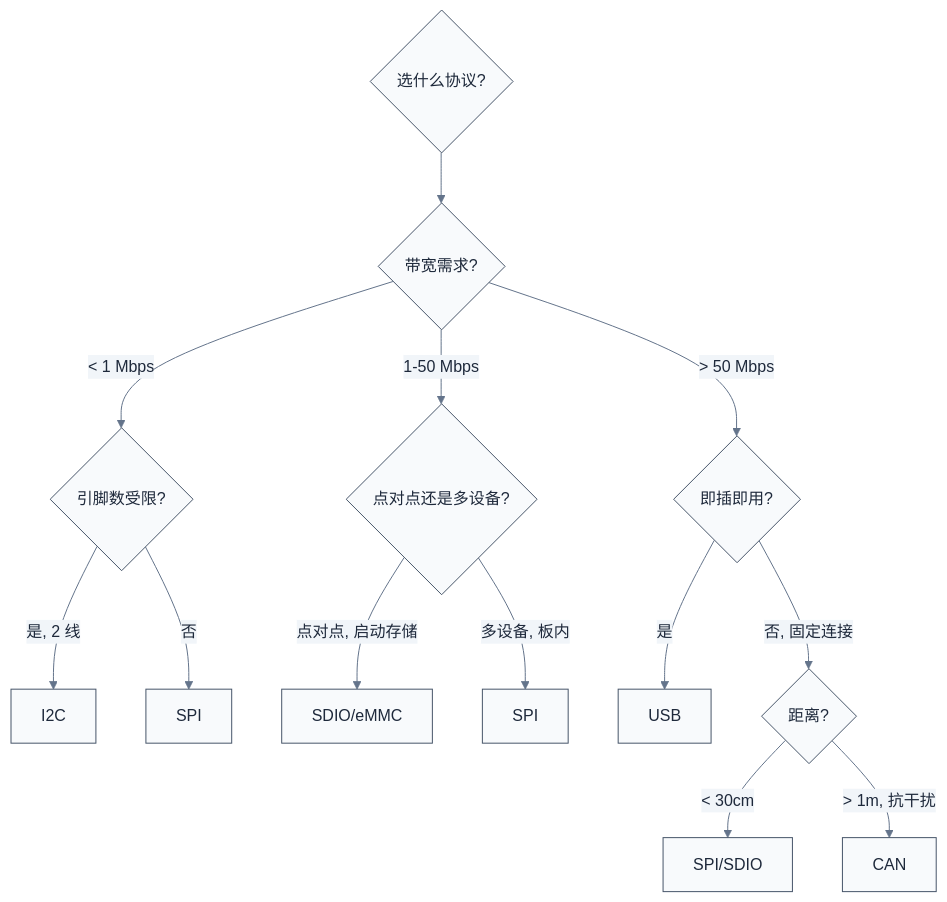
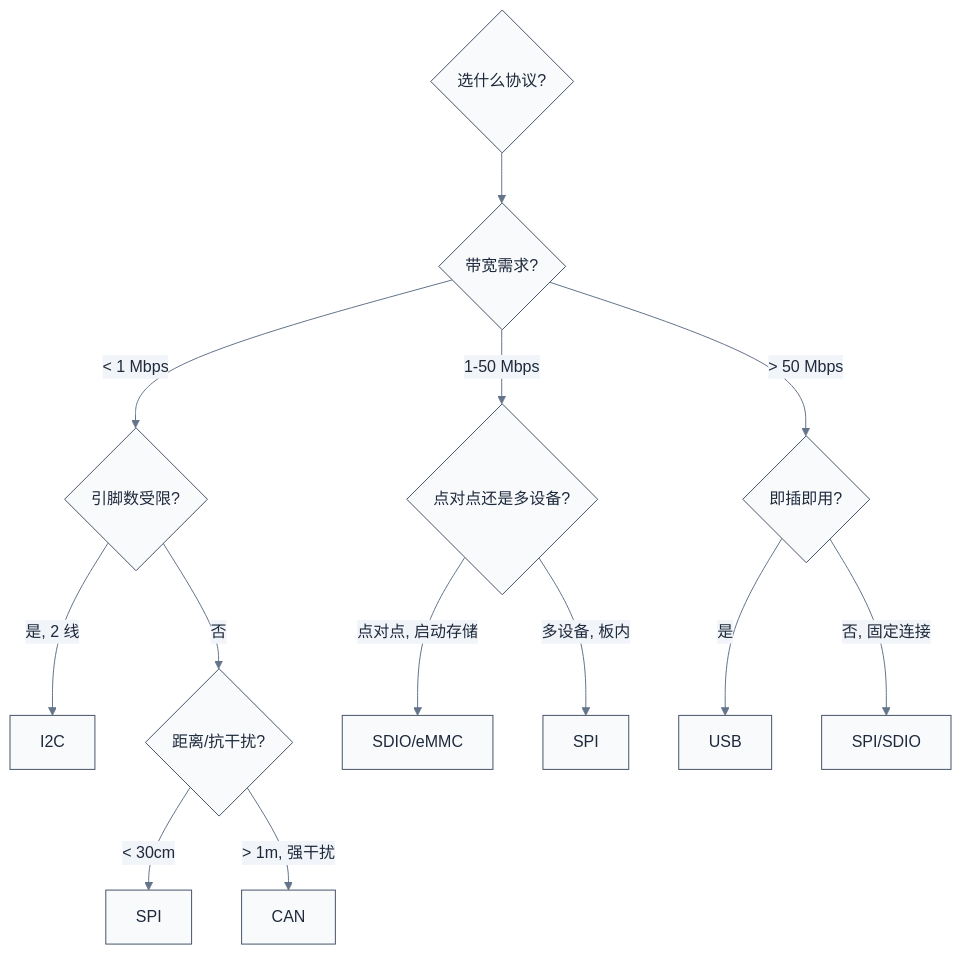
Before and after one commit to swjtuer326/cs-learning-notes: the second of 2 diagrams in hsperi/00-通信协议总览.md, drawn with Mermaid. The commit also changed 4 other files, not shown here.

````diff
--- a/hsperi/00-通信协议总览.md
+++ b/hsperi/00-通信协议总览.md
@@ -234,16 +234,16 @@
 ```mermaid
 %%{init: {"theme": "base", "themeVariables": {"primaryColor": "#f8fafc", "primaryTextColor": "#1e293b", "primaryBorderColor": "#475569", "lineColor": "#64748b", "secondaryColor": "#f1f5f9", "secondaryBorderColor": "#94a3b8", "tertiaryColor": "#f8fafc", "fontFamily": "\"trebuchet ms\", verdana, arial, sans-serif"}}}%%
 flowchart TD
     Start{选什么协议?} --> Q1{带宽需求?}
     Q1 -->|< 1 Mbps| Q2{引脚数受限?}
     Q1 -->|1-50 Mbps| Q3{点对点还是多设备?}
     Q1 -->|> 50 Mbps| Q4{即插即用?}
     Q2 -->|是, 2 线| I2C[I2C]
-    Q2 -->|否| SPI1[SPI]
+    Q2 -->|否| Q6{距离/抗干扰?}
     Q3 -->|点对点, 启动存储| SDIO[SDIO/eMMC]
     Q3 -->|多设备, 板内| SPI2[SPI]
     Q4 -->|是| USB[USB]
-    Q4 -->|否, 固定连接| Q5{距离?}
-    Q5 -->|< 30cm| SPI3[SPI/SDIO]
-    Q5 -->|> 1m, 抗干扰| CAN[CAN]
+    Q4 -->|否, 固定连接| SPI3[SPI/SDIO]
+    Q6 -->|< 30cm| SPI1[SPI]
+    Q6 -->|> 1m, 强干扰| CAN[CAN]
 ```
````
